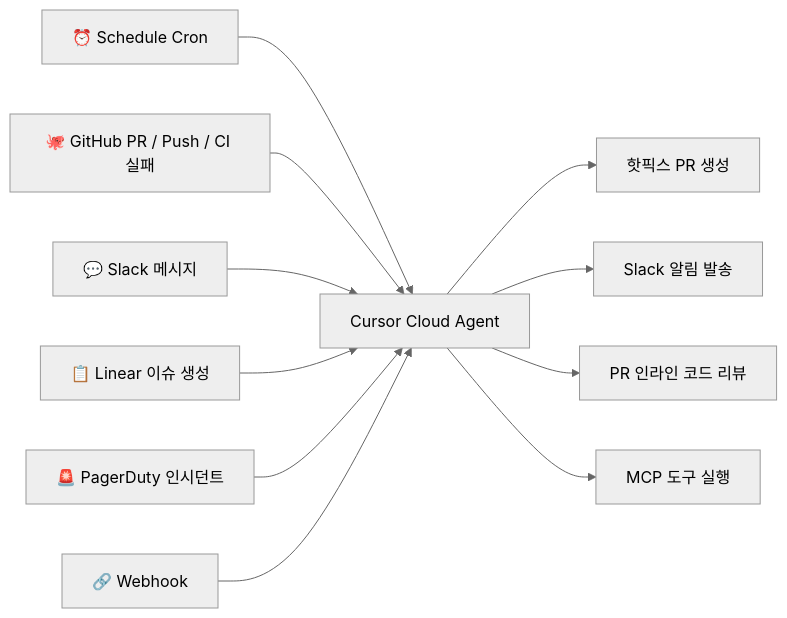
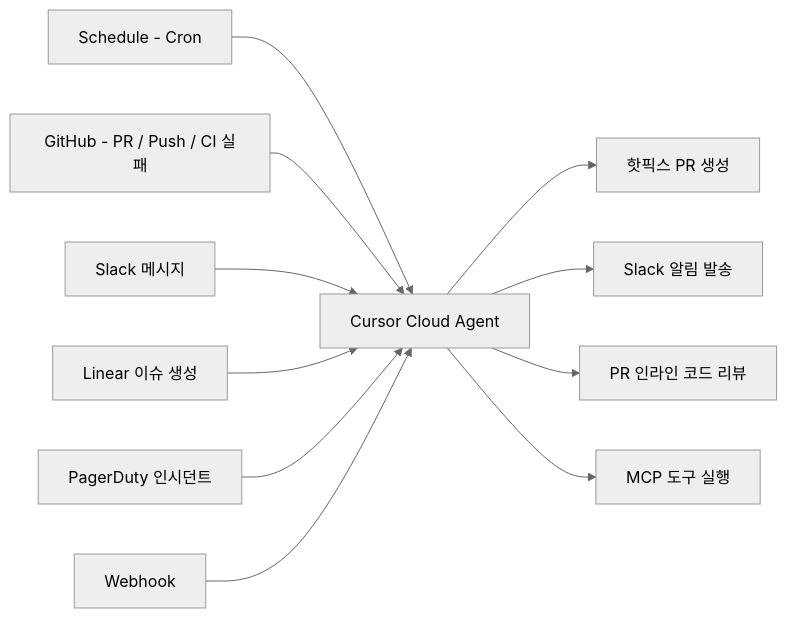
The third of 3 diagrams in index.md (Mike-kor/my-agent-docs), drawn with Mermaid (neutral theme) before and after one commit. The commit also changed other lines of this file, not shown here.

Commit message:
docs: index.md HTML 지식공유 문서로 전면 리디자인 (아이콘 제거, 미니멀 스타일, mermaid zoom/expand)

```diff
--- a/index.md
+++ b/index.md
@@ -474,13 +583,13 @@
-<pre class="mermaid">
+        <pre class="mermaid">
 flowchart LR
-    A[⏰ Schedule Cron] --> Z[Cursor Cloud Agent]
-    B[🐙 GitHub PR / Push / CI 실패] --> Z
-    C[💬 Slack 메시지] --> Z
-    D[📋 Linear 이슈 생성] --> Z
-    E[🚨 PagerDuty 인시던트] --> Z
-    F[🔗 Webhook] --> Z
+    A[Schedule - Cron] --> Z[Cursor Cloud Agent]
+    B[GitHub - PR / Push / CI 실패] --> Z
+    C[Slack 메시지] --> Z
+    D[Linear 이슈 생성] --> Z
+    E[PagerDuty 인시던트] --> Z
+    F[Webhook] --> Z
     Z --> G[핫픽스 PR 생성]
     Z --> H[Slack 알림 발송]
     Z --> I[PR 인라인 코드 리뷰]
     Z --> J[MCP 도구 실행]
-</pre>
+        </pre>
```
